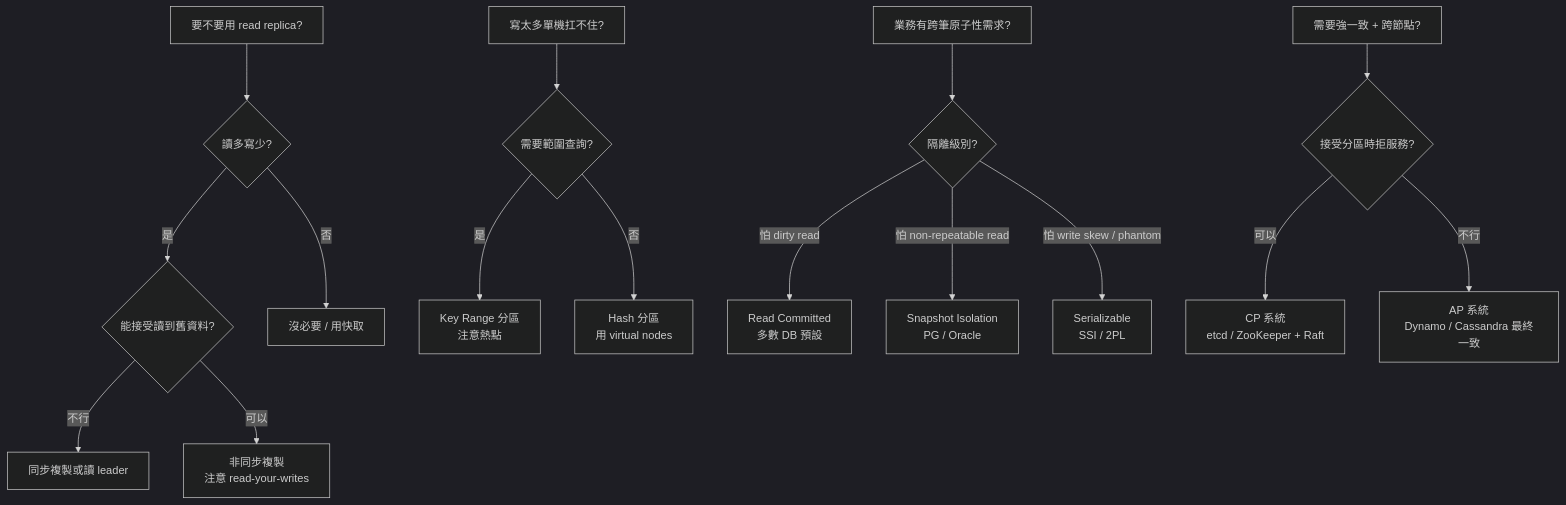
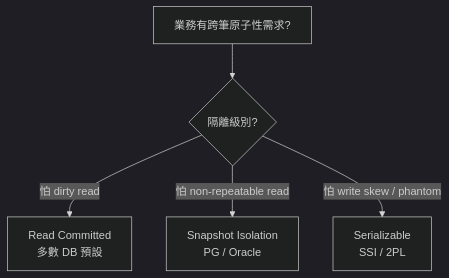
One commit to maplestartend/ddia-zh changed the third of 4 diagrams in docs/part-2/index.md. Above: the diagram before and after it, drawn with Mermaid (dark theme). The commit also changed other lines of this file and 5 other files, not shown here.

First line of the commit message:
Wave 35c: Mermaid 圖視覺修法 — 4-agent 截圖驗收全 12 圖 P0/P1 解決

````diff
--- a/docs/part-2/index.md
+++ b/docs/part-2/index.md
@@ -53,21 +77,7 @@
 ```mermaid
 flowchart TD
-    A[要不要用 read replica?] --> B{讀多寫少?}
-    B -- 是 --> C{能接受讀到舊資料?}
-    C -- 不行 --> D[同步複製或讀 leader]
-    C -- 可以 --> E[非同步複製<br/>注意 read-your-writes]
-    B -- 否 --> F[沒必要 / 用快取]
-
-    G[寫太多單機扛不住?] --> H{需要範圍查詢?}
-    H -- 是 --> I[Key Range 分區<br/>注意熱點]
-    H -- 否 --> J[Hash 分區<br/>用 virtual nodes]
-
     K[業務有跨筆原子性需求?] --> L{隔離級別?}
     L -- 怕 dirty read --> M[Read Committed<br/>多數 DB 預設]
     L -- 怕 non-repeatable read --> N[Snapshot Isolation<br/>PG / Oracle]
     L -- 怕 write skew / phantom --> O[Serializable<br/>SSI / 2PL]
-
-    P[需要強一致 + 跨節點?] --> Q{接受分區時拒服務?}
-    Q -- 可以 --> R[CP 系統<br/>etcd / ZooKeeper + Raft]
-    Q -- 不行 --> S[AP 系統<br/>Dynamo / Cassandra 最終一致]
 ```
````
